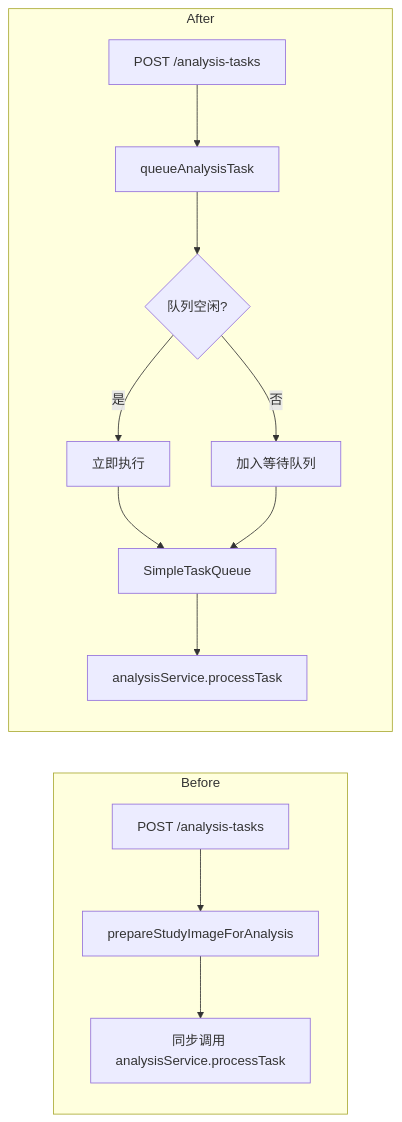
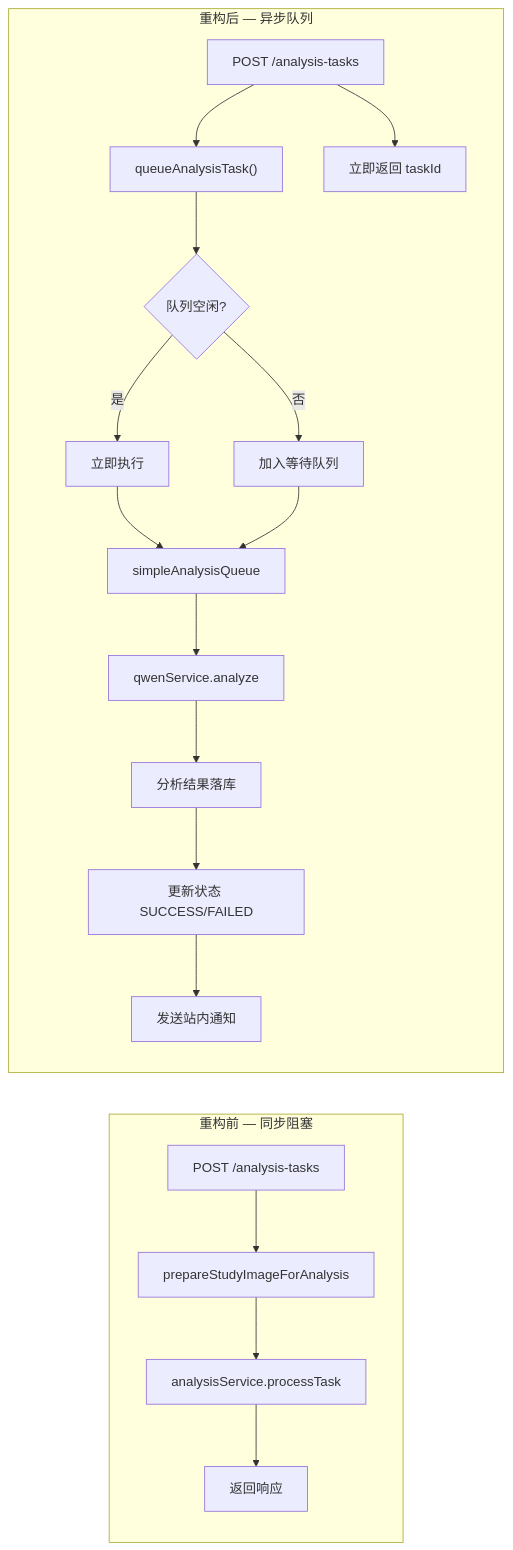
One commit to xingranya/CervixDetectAI changed the diagram in wiki/更新日志/2026-03-20-分析任务队列化重构.md. Above: the diagram before and after it, drawn with Mermaid. The commit also changed 35 other files, not shown here.

First line of the commit message:
docs(readme): 优化并统一项目文档中的流程图与说明

````diff
--- a/wiki/更新日志/2026-03-20-分析任务队列化重构.md
+++ b/wiki/更新日志/2026-03-20-分析任务队列化重构.md
@@ -60,17 +60,22 @@
 ```mermaid
 flowchart LR
-    subgraph "Before"
-        A[POST /analysis-tasks] --> B[prepareStudyImageForAnalysis]
-        B --> C[同步调用 analysisService.processTask]
+    subgraph Before["重构前 — 同步阻塞"]
+        A["POST /analysis-tasks"] --> B["prepareStudyImageForAnalysis"]
+        B --> C["analysisService.processTask"]
+        C --> D["返回响应"]
     end
 
-    subgraph "After"
-        D[POST /analysis-tasks] --> E[queueAnalysisTask]
-        E --> F{队列空闲?}
-        F -->|是| G[立即执行]
-        F -->|否| H[加入等待队列]
-        G --> I[SimpleTaskQueue]
-        H --> I
-        I --> J[analysisService.processTask]
+    subgraph After["重构后 — 异步队列"]
+        E["POST /analysis-tasks"] --> F["queueAnalysisTask()"]
+        E --> O["立即返回 taskId"]
+        F --> G{"队列空闲?"}
+        G -->|"是"| H["立即执行"]
+        G -->|"否"| I["加入等待队列"]
+        H --> J["simpleAnalysisQueue"]
+        I --> J
+        J --> K["qwenService.analyze"]
+        K --> L["分析结果落库"]
+        L --> M["更新状态 SUCCESS/FAILED"]
+        M --> N["发送站内通知"]
     end
 ```
````
